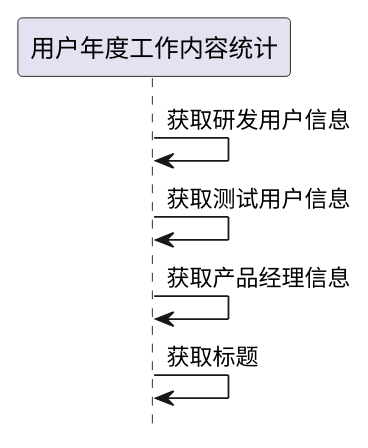
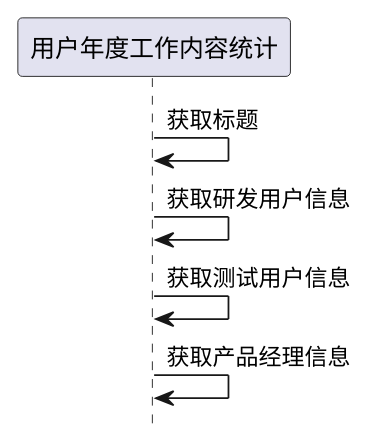
One commit to goblinln/iBizPMS changed the fifth of 5 diagrams in ibizpms-docs/src/main/doc/v1/module/ibiz/UserYearWorkStats_old.md. Above: the diagram before and after it, drawn with PlantUML. The commit also changed other lines of this file and 230 other files, not shown here.

```diff
--- a/ibizpms-docs/src/main/doc/v1/module/ibiz/UserYearWorkStats_old.md
+++ b/ibizpms-docs/src/main/doc/v1/module/ibiz/UserYearWorkStats_old.md
@@ -227,8 +227,8 @@
 {% plantuml %}
 hide footbox
 
+用户年度工作内容统计 -> 用户年度工作内容统计: 获取标题
 用户年度工作内容统计 -> 用户年度工作内容统计: 获取研发用户信息
 用户年度工作内容统计 -> 用户年度工作内容统计: 获取测试用户信息
 用户年度工作内容统计 -> 用户年度工作内容统计: 获取产品经理信息
-用户年度工作内容统计 -> 用户年度工作内容统计: 获取标题
 {% endplantuml %}
```
